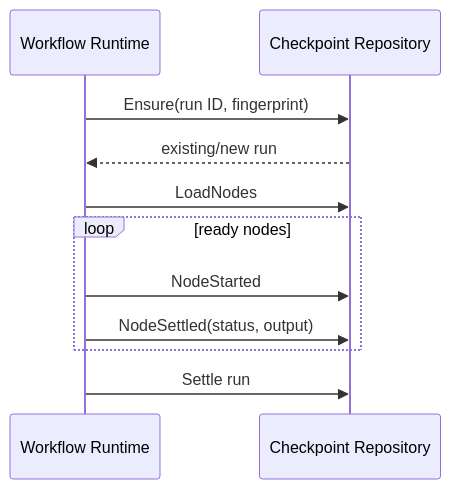
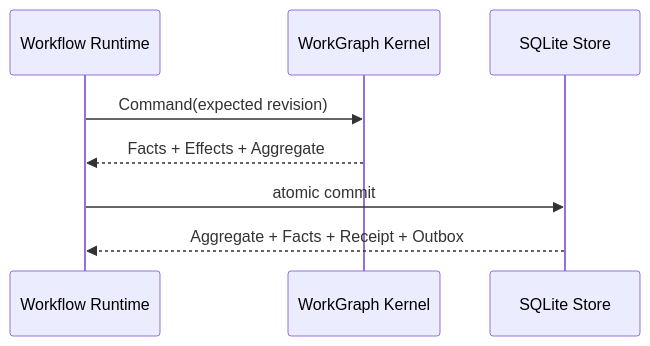
One commit to fwtllh-png/CodeHelper changed the diagram in docs/book/zh-CN/09-task-orchestration/04-checkpoint-and-recovery.md. Above: the diagram before and after it, drawn with Mermaid. The commit also changed other lines of this file and 143 other files, not shown here.

````diff
--- a/docs/book/zh-CN/09-task-orchestration/04-checkpoint-and-recovery.md
+++ b/docs/book/zh-CN/09-task-orchestration/04-checkpoint-and-recovery.md
@@ -35,13 +40,10 @@
 ```mermaid
 sequenceDiagram
     participant R as Workflow Runtime
-    participant C as Checkpoint Repository
-    R->>C: Ensure(run ID, fingerprint)
-    C-->>R: existing/new run
-    R->>C: LoadNodes
-    loop ready nodes
-      R->>C: NodeStarted
-      R->>C: NodeSettled(status, output)
-    end
-    R->>C: Settle run
+    participant K as WorkGraph Kernel
+    participant S as SQLite Store
+    R->>K: Command(expected revision)
+    K-->>R: Facts + Effects + Aggregate
+    R->>S: atomic commit
+    S-->>R: Aggregate + Facts + Receipt + Outbox
 ```
````
